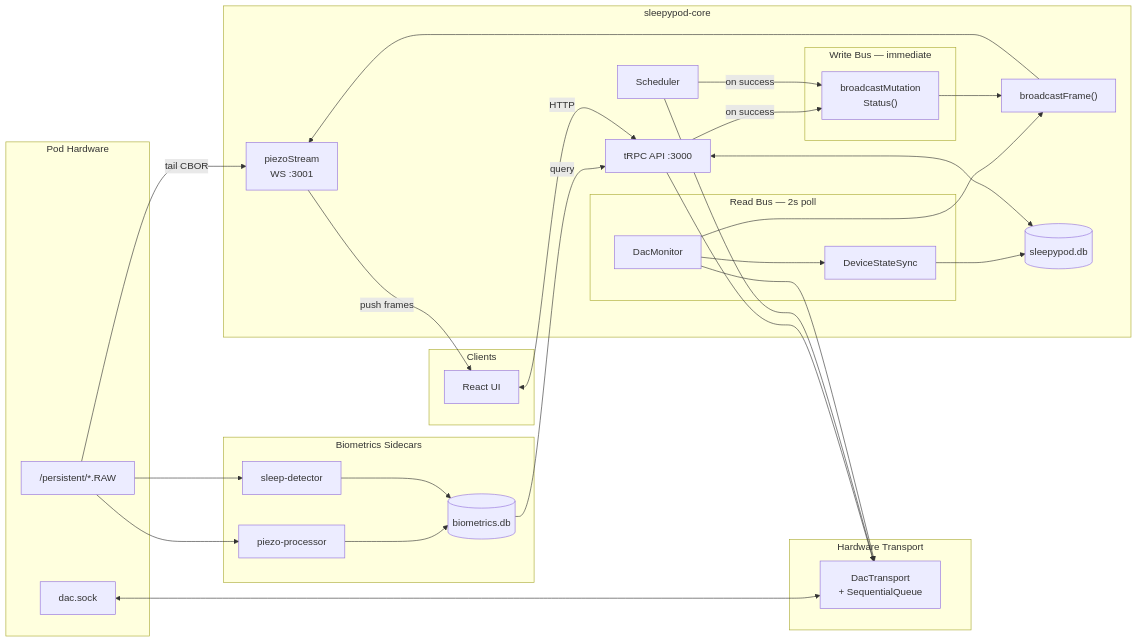
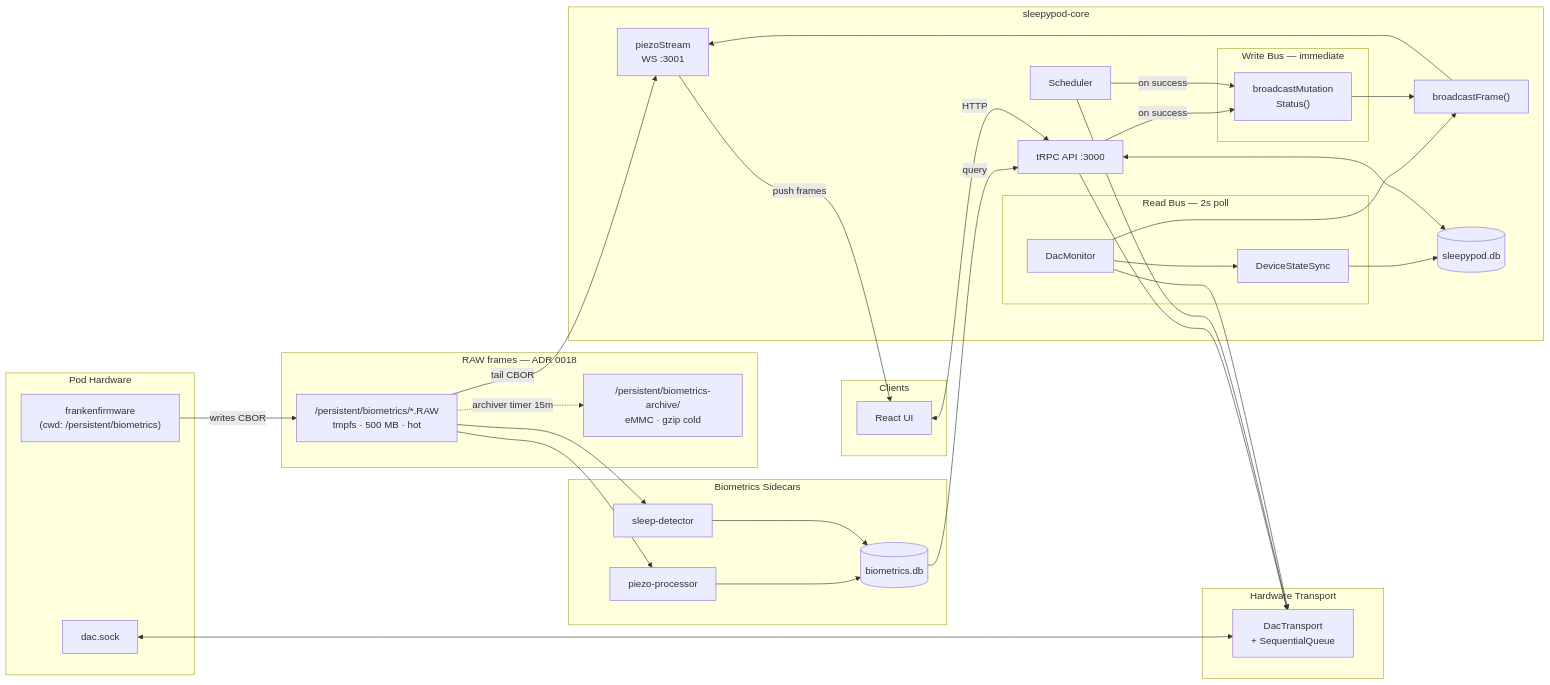
Before and after one commit to sleepypod/core: the third of 8 diagrams in README.md, drawn with Mermaid. The commit also changed other lines of this file and 3 other files, not shown here.

First line of the commit message:
docs: surface the biometrics tmpfs layer in architecture diagrams

````diff
--- a/README.md
+++ b/README.md
@@ -228,68 +228,77 @@
 ```mermaid
 graph LR
     subgraph HW ["Pod Hardware"]
         DAC["dac.sock"]
-        RAW["/persistent/*.RAW"]
+        FRANK["frankenfirmware<br/>(cwd: /persistent/biometrics)"]
+    end
+
+    subgraph RAWFS ["RAW frames — ADR 0018"]
+        TMPFS["/persistent/biometrics/*.RAW<br/>tmpfs · 500 MB · hot"]
+        ARCH["/persistent/biometrics-archive/<br/>eMMC · gzip cold"]
+        TMPFS -. "archiver timer 15m" .-> ARCH
     end
 
     subgraph TRANSPORT ["Hardware Transport"]
         DT["DacTransport<br/>+ SequentialQueue"]
     end
 
     subgraph SIDECARS ["Biometrics Sidecars"]
         PP["piezo-processor"]
         SD["sleep-detector"]
         BIODB[("biometrics.db")]
     end
 
     subgraph CORE ["sleepypod-core"]
         subgraph READBUS ["Read Bus — 2s poll"]
             DM["DacMonitor"]
             SYNC["DeviceStateSync"]
         end
 
         subgraph WRITEBUS ["Write Bus — immediate"]
             BMS["broadcastMutation<br/>Status()"]
         end
 
         API["tRPC API :3000"]
         SCHED["Scheduler"]
         BF["broadcastFrame()"]
         WS["piezoStream<br/>WS :3001"]
         DB[("sleepypod.db")]
     end
 
     subgraph CLIENTS ["Clients"]
         UI["React UI"]
     end
 
     %% Hardware transport — single serialization point
     DAC <--> DT
     API --> DT
     SCHED --> DT
     DM --> DT
 
     %% Read bus
     DM --> SYNC
     SYNC --> DB
     DM --> BF
 
     %% Write bus
     API -->|on success| BMS
     SCHED -->|on success| BMS
     BMS --> BF
 
+    %% RAW pipeline — firmware writes hot tmpfs, archiver rolls cold to eMMC
+    FRANK -->|writes CBOR| TMPFS
+
     %% WebSocket delivery
     BF --> WS
-    RAW -->|tail CBOR| WS
+    TMPFS -->|tail CBOR| WS
     WS -->|push frames| UI
 
     %% Biometrics pipeline
-    RAW --> PP & SD
+    TMPFS --> PP & SD
     PP & SD --> BIODB
     BIODB -->|query| API
 
     %% App layer
     API <--> DB
     UI <-->|HTTP| API
 ```
````
